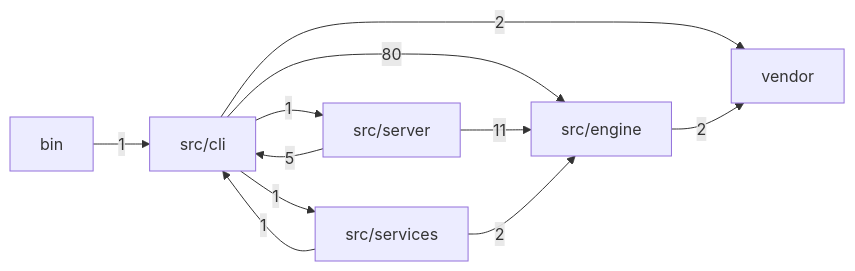
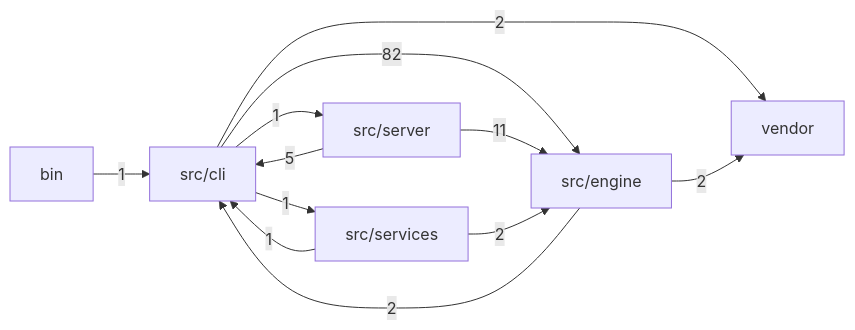
One commit to mgillr/memev changed the first of 2 diagrams in docs/MODULES.md. Above: the diagram before and after it, drawn with Mermaid. The commit also changed other lines of this file and 14 other files, not shown here.

````diff
--- a/docs/MODULES.md
+++ b/docs/MODULES.md
@@ -11,19 +11,20 @@
 ```mermaid
 flowchart LR
   bin["bin"]
   cli["src/cli"]
   engine["src/engine"]
   server["src/server"]
   services["src/services"]
   vendor["vendor"]
   bin -->|"1"| cli
-  cli -->|"80"| engine
+  cli -->|"82"| engine
   cli -->|"1"| server
   cli -->|"1"| services
   cli -->|"2"| vendor
+  engine -->|"2"| cli
   engine -->|"2"| vendor
   server -->|"5"| cli
   server -->|"11"| engine
   services -->|"1"| cli
   services -->|"2"| engine
 ```
````
